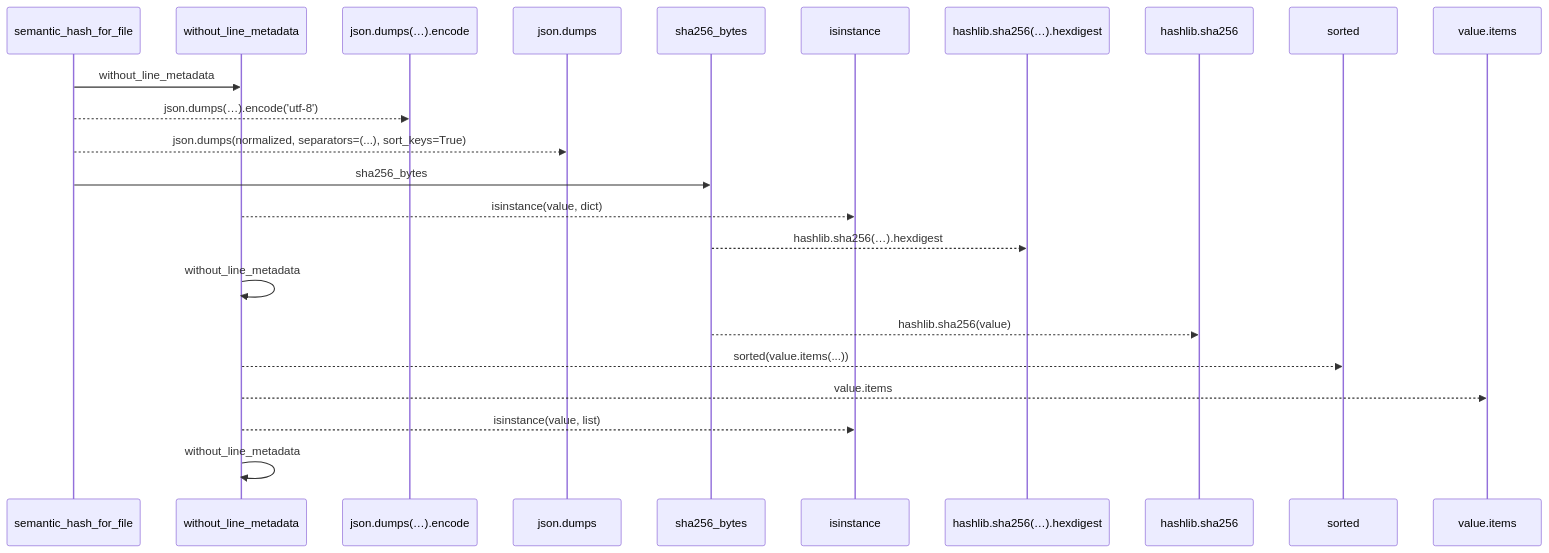
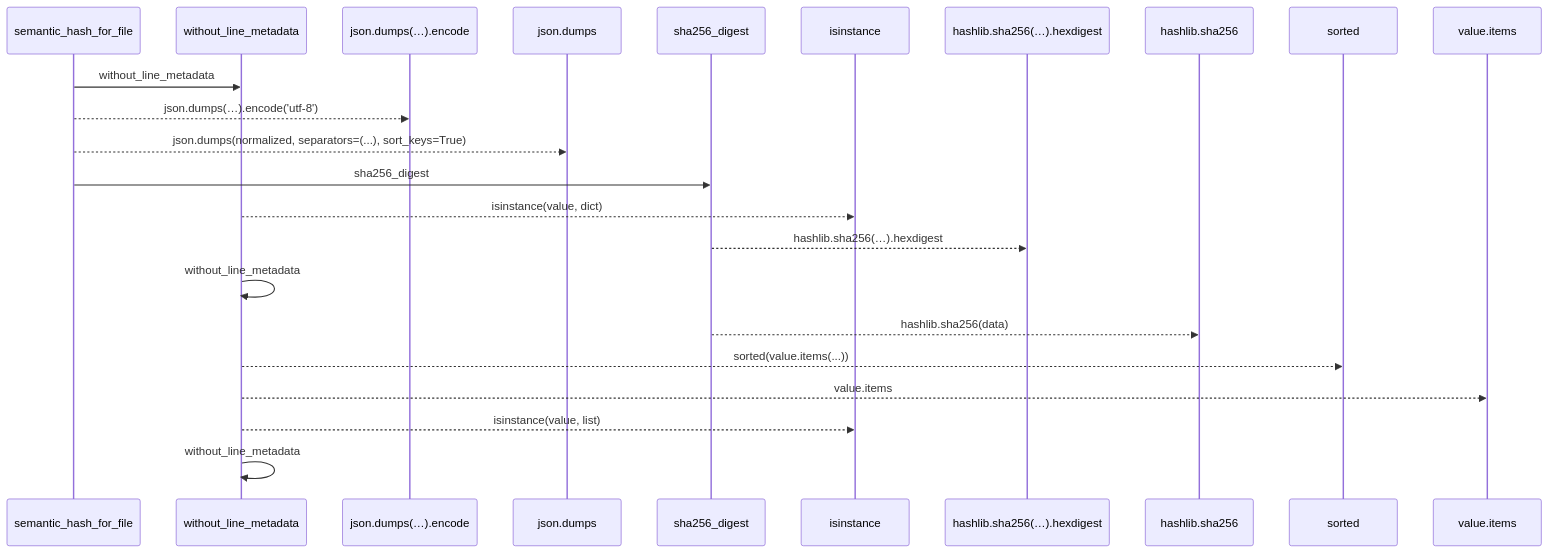
One commit to Denissvgn/python-wiki-llm changed the first of 2 diagrams in docs/llm_wiki/flows/api-semantic_hash_for_file.md. Above: the diagram before and after it, drawn with Mermaid. The commit also changed other lines of this file and 1555 other files, not shown here.

````diff
--- a/docs/llm_wiki/flows/api-semantic_hash_for_file.md
+++ b/docs/llm_wiki/flows/api-semantic_hash_for_file.md
@@ -12,25 +12,25 @@
 ```mermaid
 sequenceDiagram
     participant p0 as semantic_hash_for_file
     participant p1 as without_line_metadata
     participant p2 as json.dumps(…).encode
     participant p3 as json.dumps
-    participant p4 as sha256_bytes
+    participant p4 as sha256_digest
     participant p5 as isinstance
     participant p6 as hashlib.sha256(…).hexdigest
     participant p7 as hashlib.sha256
     participant p8 as sorted
     participant p9 as value.items
     p0->>p1: without_line_metadata
     p0-->>p2: json.dumps(…).encode('utf-8')
     p0-->>p3: json.dumps(normalized, separators=(...), sort_keys=True)
-    p0->>p4: sha256_bytes
+    p0->>p4: sha256_digest
     p1-->>p5: isinstance(value, dict)
     p4-->>p6: hashlib.sha256(…).hexdigest
     p1->>p1: without_line_metadata
-    p4-->>p7: hashlib.sha256(value)
+    p4-->>p7: hashlib.sha256(data)
     p1-->>p8: sorted(value.items(...))
     p1-->>p9: value.items
     p1-->>p5: isinstance(value, list)
     p1->>p1: without_line_metadata
 ```
````
